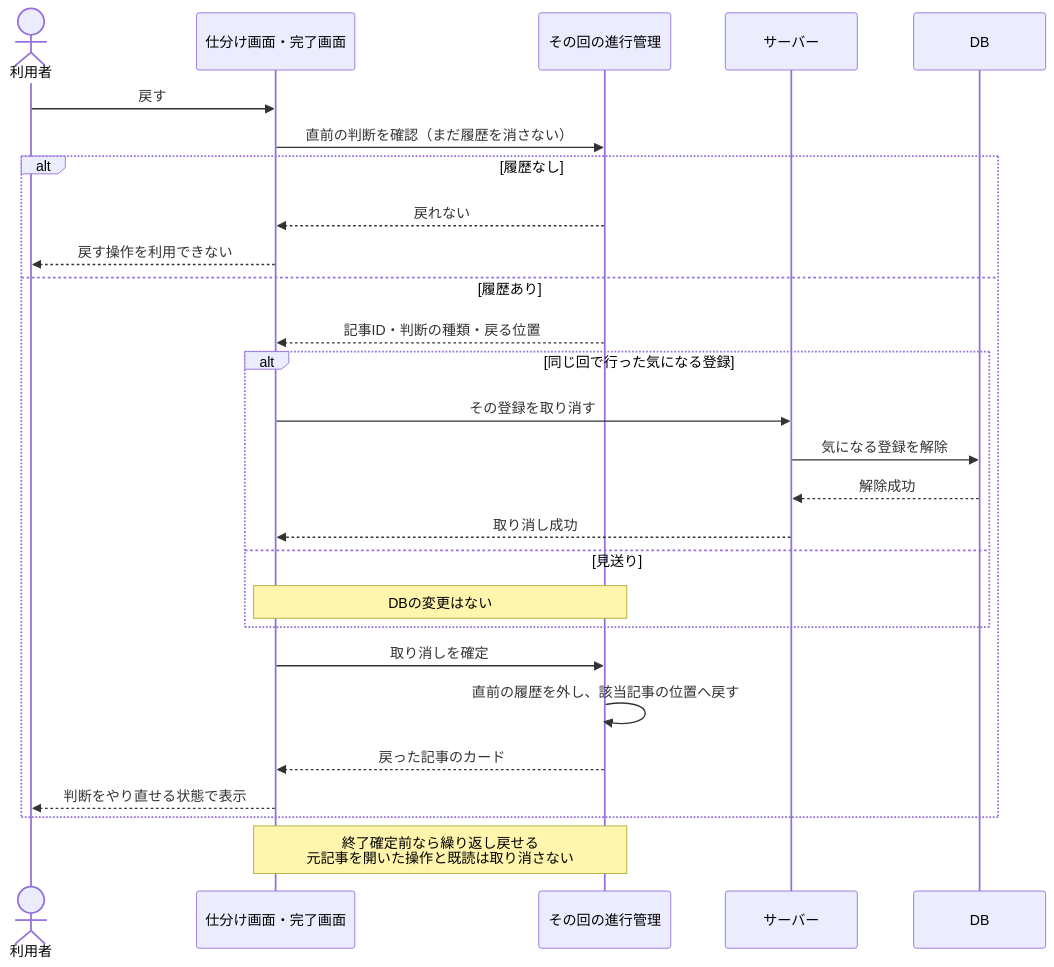
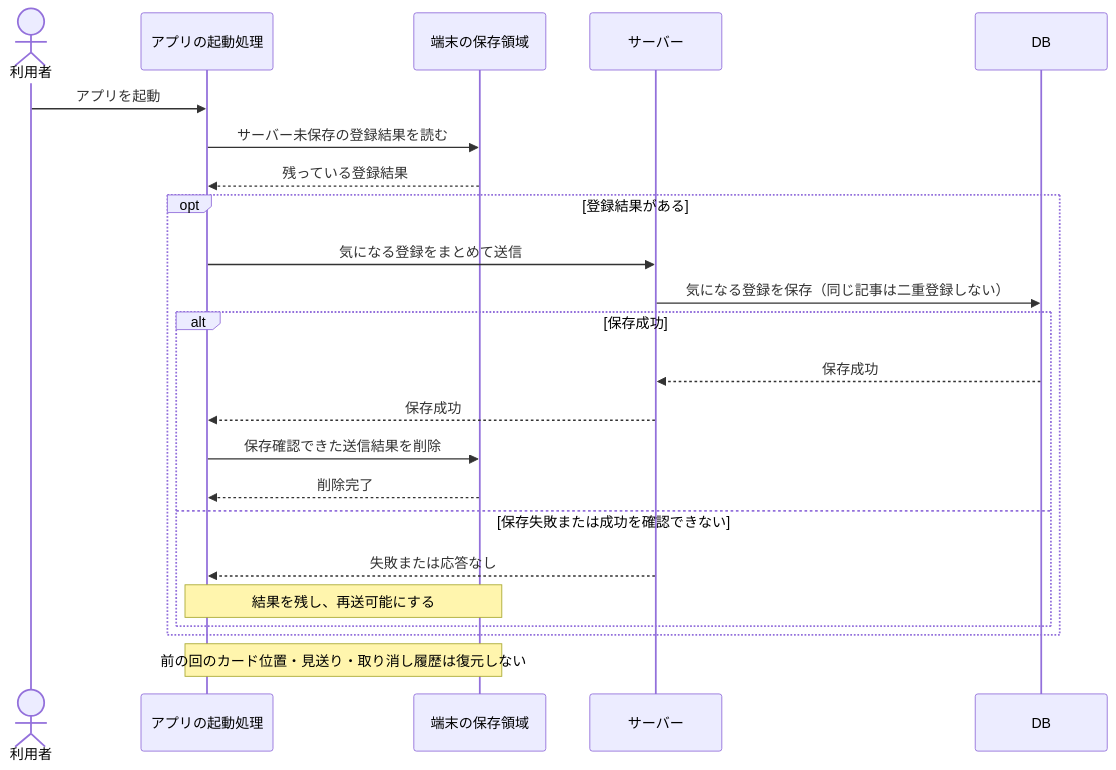
One commit to BeppuKanato/it-discovery changed the fourth of 5 diagrams in docs/sequences.md. Above: the diagram before and after it, drawn with Mermaid. The commit also changed other lines of this file and 3 other files, not shown here.

````diff
--- a/docs/sequences.md
+++ b/docs/sequences.md
@@ -128,34 +171,26 @@
 ```mermaid
 sequenceDiagram
     actor User as 利用者
-    participant View as 仕分け画面・完了画面
-    participant Session as その回の進行管理
+    participant App as アプリの起動処理
+    participant Local as 端末の保存領域
     participant Server as サーバー
     participant DB as DB
 
-    User->>View: 戻す
-    View->>Session: 直前の判断を確認（まだ履歴を消さない）
-
-    alt 履歴なし
-        Session-->>View: 戻れない
-        View-->>User: 戻す操作を利用できない
-    else 履歴あり
-        Session-->>View: 記事ID・判断の種類・戻る位置
-
-        alt 同じ回で行った気になる登録
-            View->>Server: その登録を取り消す
-            Server->>DB: 気になる登録を解除
-            DB-->>Server: 解除成功
-            Server-->>View: 取り消し成功
-        else 見送り
-            Note over View,Session: DBの変更はない
+    User->>App: アプリを起動
+    App->>Local: サーバー未保存の登録結果を読む
+    Local-->>App: 残っている登録結果
+    opt 登録結果がある
+        App->>Server: 気になる登録をまとめて送信
+        Server->>DB: 気になる登録を保存（同じ記事は二重登録しない）
+        alt 保存成功
+            DB-->>Server: 保存成功
+            Server-->>App: 保存成功
+            App->>Local: 保存確認できた送信結果を削除
+            Local-->>App: 削除完了
+        else 保存失敗または成功を確認できない
+            Server-->>App: 失敗または応答なし
+            Note over App,Local: 結果を残し、再送可能にする
         end
-
-        View->>Session: 取り消しを確定
-        Session->>Session: 直前の履歴を外し、該当記事の位置へ戻す
-        Session-->>View: 戻った記事のカード
-        View-->>User: 判断をやり直せる状態で表示
     end
-
-    Note over View,Session: 終了確定前なら繰り返し戻せる<br/>元記事を開いた操作と既読は取り消さない
+    Note over App,Local: 前の回のカード位置・見送り・取り消し履歴は復元しない
 ```
````
